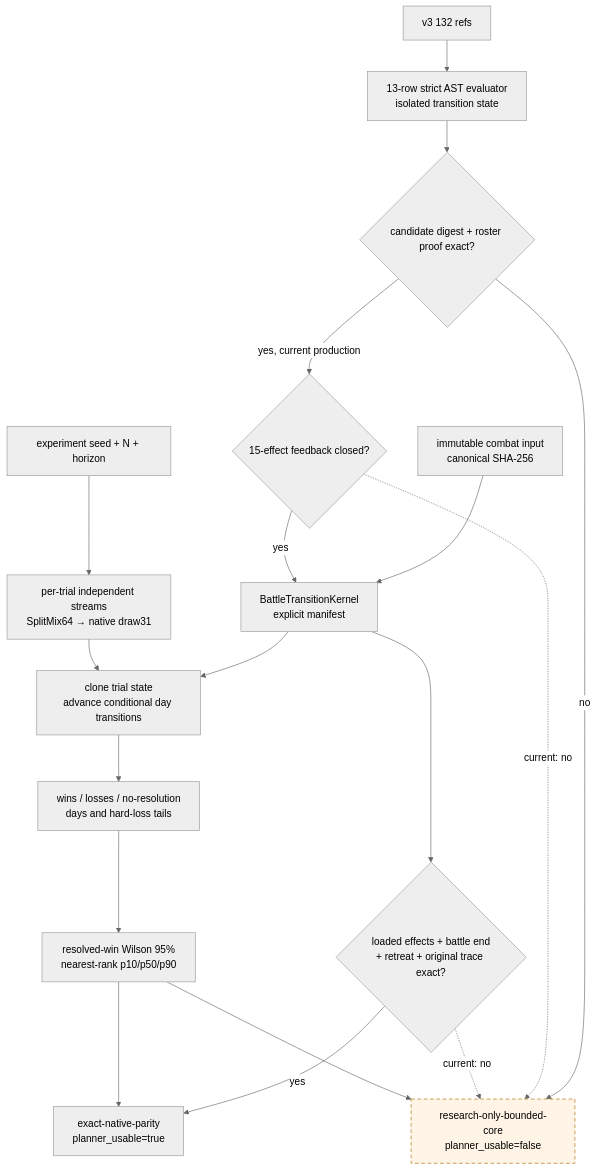
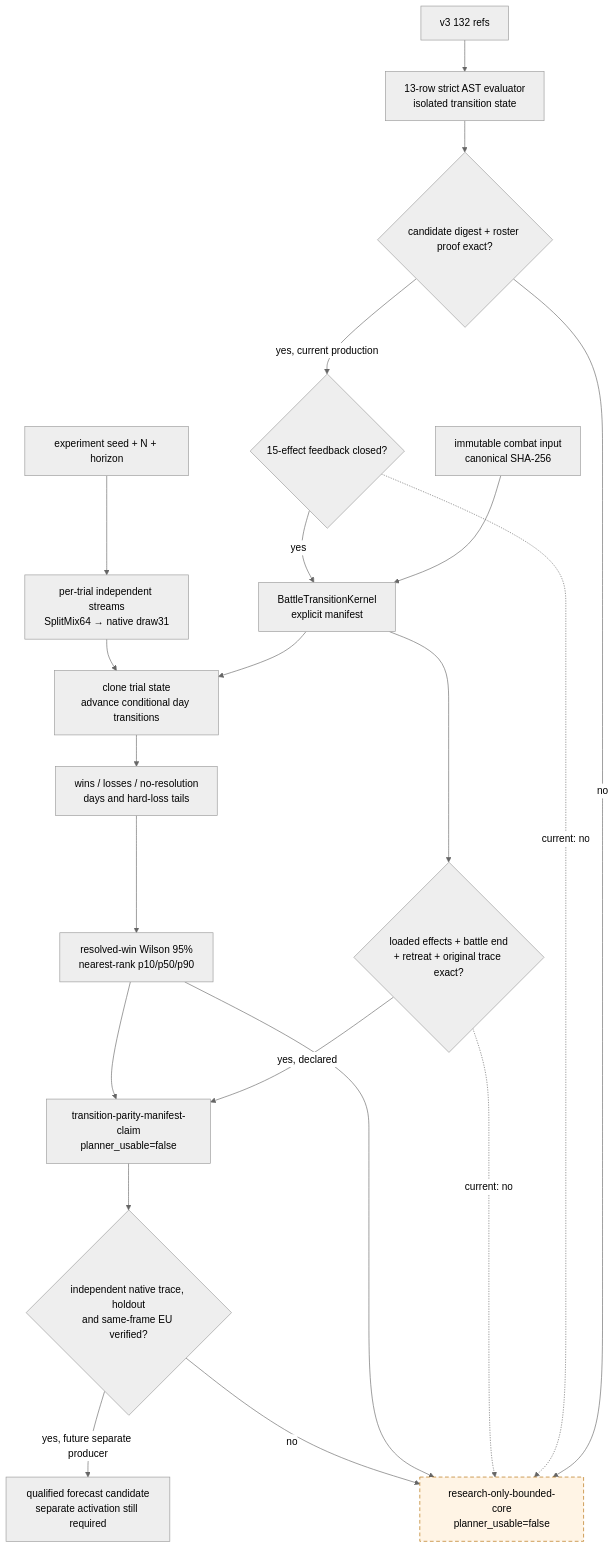
The first of 7 diagrams in docs/ck3-native-ai/combat-simulator-core.md (XenoAmess/ck3_eternal_recurrence), drawn with Mermaid (neutral theme) before and after one commit. The commit also changed other lines of this file and 3 other files, not shown here.

````diff
--- a/docs/ck3-native-ai/combat-simulator-core.md
+++ b/docs/ck3-native-ai/combat-simulator-core.md
@@ -59,22 +61,25 @@
 ```mermaid
 flowchart TD
     I["immutable combat input<br/>canonical SHA-256"] --> K["BattleTransitionKernel<br/>explicit manifest"]
     V["v3 132 refs"] --> A["13-row strict AST evaluator<br/>isolated transition state"]
     A --> C{"candidate digest + roster proof exact?"}
     C -->|yes, current production| F{"15-effect feedback closed?"}
     C -->|no| B
     F -->|yes| K
     F -. "current: no" .-> B
     S["experiment seed + N + horizon"] --> R["per-trial independent streams<br/>SplitMix64 → native draw31"]
     K --> T["clone trial state<br/>advance conditional day transitions"]
     R --> T
     T --> O["wins / losses / no-resolution<br/>days and hard-loss tails"]
     O --> W["resolved-win Wilson 95%<br/>nearest-rank p10/p50/p90"]
     K --> G{"loaded effects + battle end<br/>+ retreat + original trace exact?"}
-    G -->|yes| P["exact-native-parity<br/>planner_usable=true"]
+    G -->|yes, declared| P["transition-parity-manifest-claim<br/>planner_usable=false"]
     G -. "current: no" .-> B["research-only-bounded-core<br/>planner_usable=false"]
     W --> P
     W --> B
+    P --> H{"independent native trace, holdout<br/>and same-frame EU verified?"}
+    H -->|yes, future separate producer| Q["qualified forecast candidate<br/>separate activation still required"]
+    H -->|no| B
     classDef unknown stroke-dasharray: 6 4,fill:#fff4e5,stroke:#b36b00;
     class B unknown;
 ```
````
